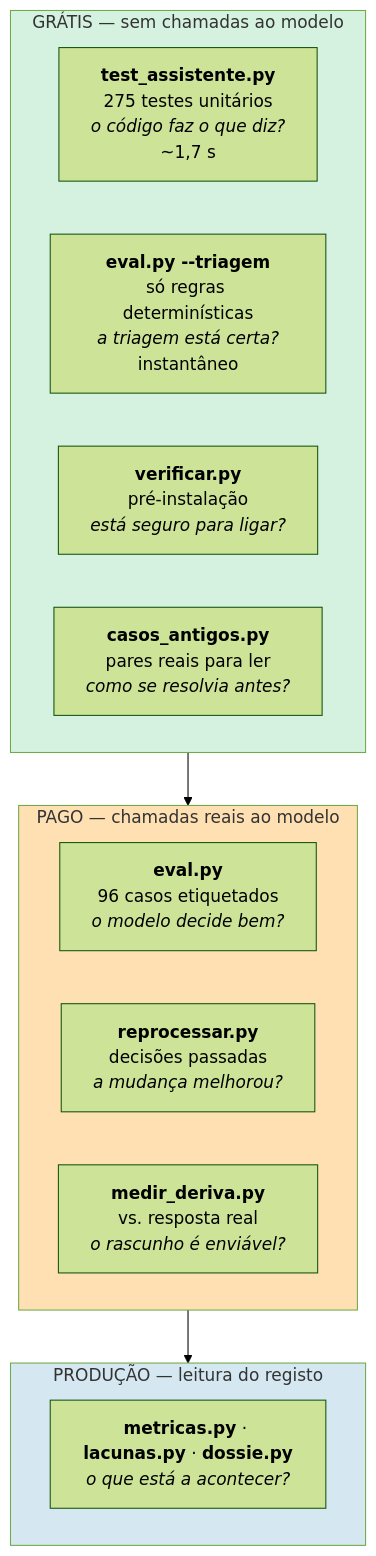
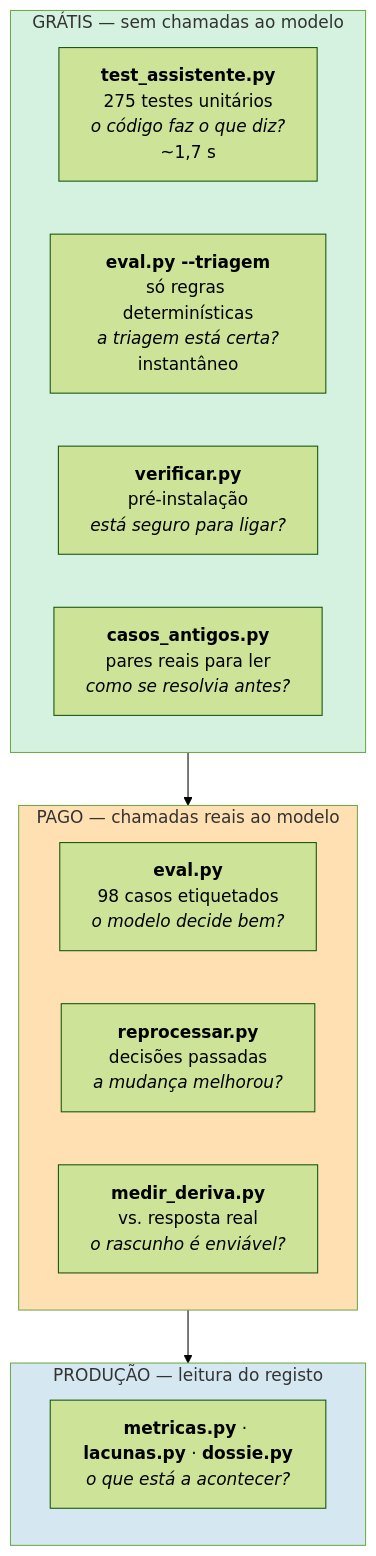
One commit to joaocarvalhini/Outlook-Reply-Assistant changed the first of 3 diagrams in docs/05-reliability/qa.md. Above: the diagram before and after it, drawn with Mermaid (forest theme). The commit also changed other lines of this file and 9 other files, not shown here.

````diff
--- a/docs/05-reliability/qa.md
+++ b/docs/05-reliability/qa.md
@@ -19,22 +19,22 @@
 ```mermaid
 flowchart TB
     subgraph G["GRÁTIS — sem chamadas ao modelo"]
         T1["<b>test_assistente.py</b><br/>275 testes unitários<br/><i>o código faz o que diz?</i><br/>~1,7 s"]
         T2["<b>eval.py --triagem</b><br/>só regras determinísticas<br/><i>a triagem está certa?</i><br/>instantâneo"]
         T3["<b>verificar.py</b><br/>pré-instalação<br/><i>está seguro para ligar?</i>"]
         T4["<b>casos_antigos.py</b><br/>pares reais para ler<br/><i>como se resolvia antes?</i>"]
     end
     subgraph P["PAGO — chamadas reais ao modelo"]
-        T5["<b>eval.py</b><br/>96 casos etiquetados<br/><i>o modelo decide bem?</i>"]
+        T5["<b>eval.py</b><br/>98 casos etiquetados<br/><i>o modelo decide bem?</i>"]
         T6["<b>reprocessar.py</b><br/>decisões passadas<br/><i>a mudança melhorou?</i>"]
         T7["<b>medir_deriva.py</b><br/>vs. resposta real<br/><i>o rascunho é enviável?</i>"]
     end
     subgraph PR["PRODUÇÃO — leitura do registo"]
         T8["<b>metricas.py</b> · <b>lacunas.py</b> · <b>dossie.py</b><br/><i>o que está a acontecer?</i>"]
     end
 
     G --> P --> PR
     style G fill:#d5f2e0
     style P fill:#ffe0b2
     style PR fill:#d5e8f2
 ```
````
